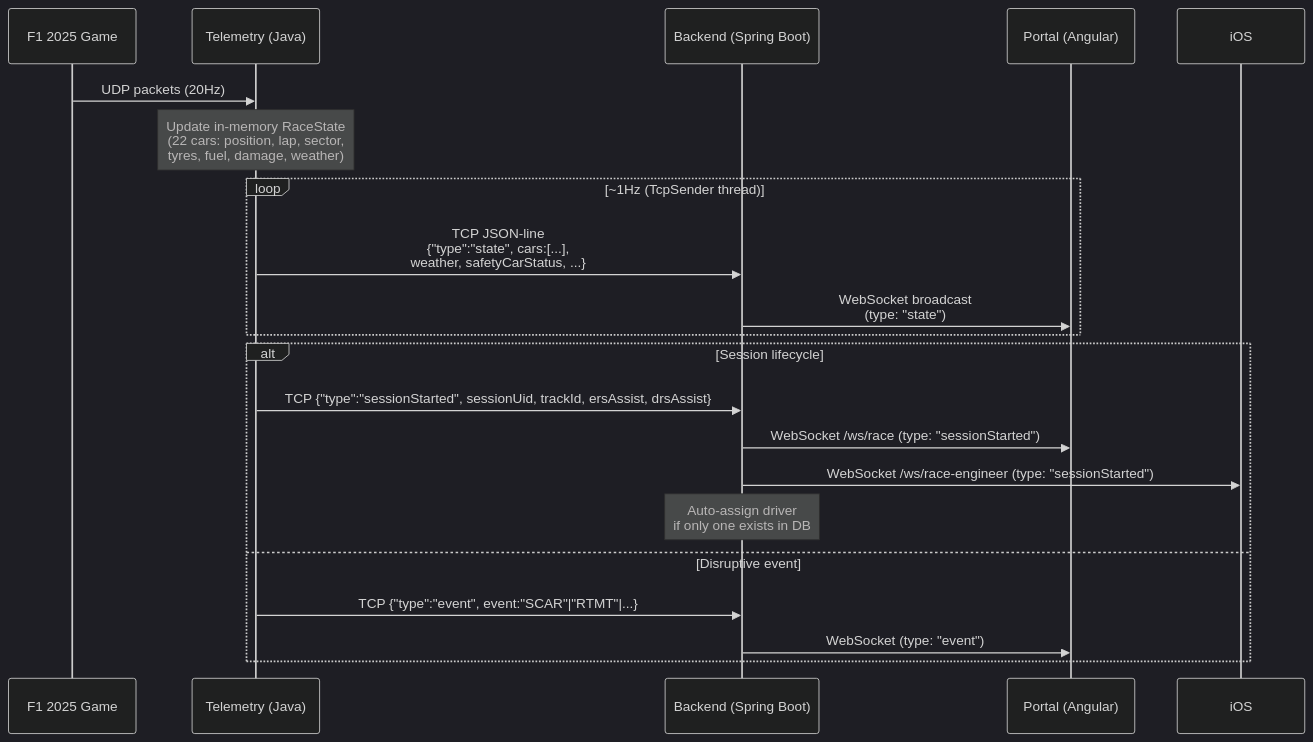
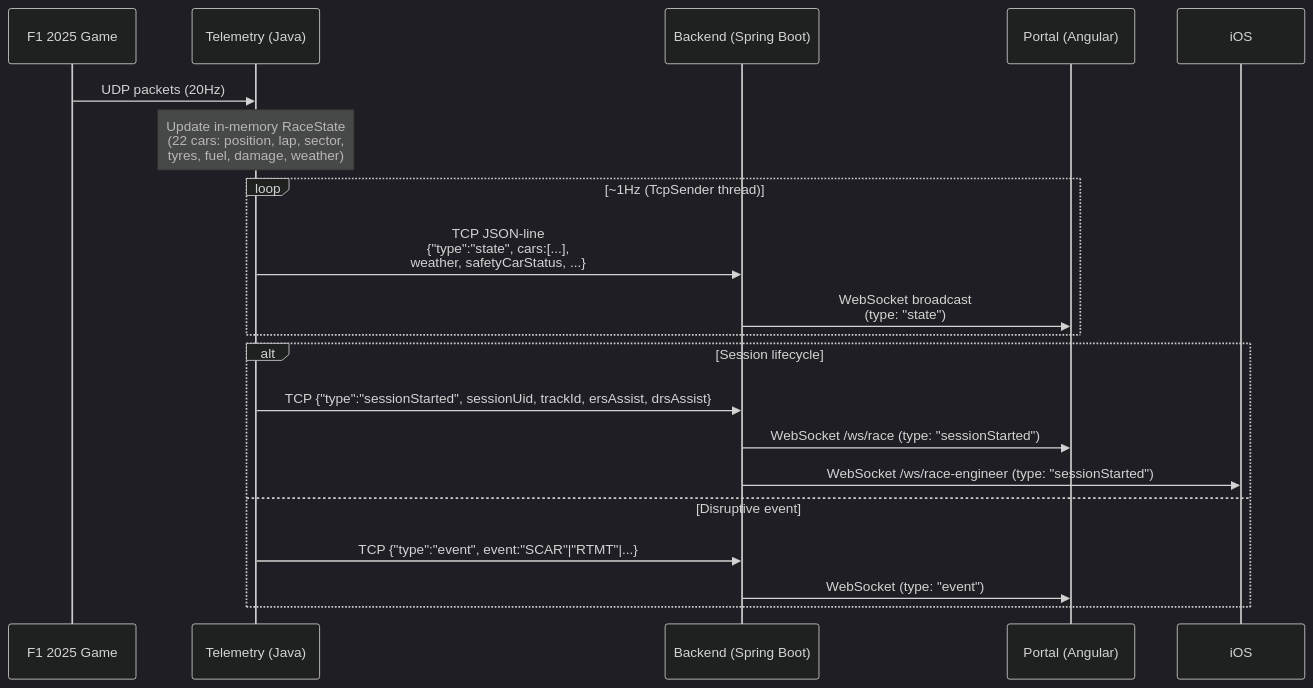
One commit to vmleon/f12025-race-strategy-simulation changed the third of 7 diagrams in design/06-INTEGRATION.md. Above: the diagram before and after it, drawn with Mermaid (dark theme). The commit also changed other lines of this file and 4 other files, not shown here.

````diff
--- a/design/06-INTEGRATION.md
+++ b/design/06-INTEGRATION.md
@@ -55,25 +55,24 @@
 ```mermaid
 sequenceDiagram
     participant Game as F1 2025 Game
     participant Telemetry as Telemetry (Java)
     participant Backend as Backend (Spring Boot)
     participant Portal as Portal (Angular)
 
     Game->>Telemetry: UDP packets (20Hz)
     Note over Telemetry: Update in-memory RaceState<br/>(22 cars: position, lap, sector,<br/>tyres, fuel, damage, weather)
 
     loop ~1Hz (TcpSender thread)
         Telemetry->>Backend: TCP JSON-line<br/>{"type":"state", cars:[...],<br/>weather, safetyCarStatus, ...}
         Backend->>Portal: WebSocket broadcast<br/>(type: "state")
     end
 
     alt Session lifecycle
         Telemetry->>Backend: TCP {"type":"sessionStarted", sessionUid, trackId, ersAssist, drsAssist}
         Backend->>Portal: WebSocket /ws/race (type: "sessionStarted")
         Backend->>iOS: WebSocket /ws/race-engineer (type: "sessionStarted")
-        Note over Backend: Auto-assign driver<br/>if only one exists in DB
     else Disruptive event
         Telemetry->>Backend: TCP {"type":"event", event:"SCAR"|"RTMT"|...}
         Backend->>Portal: WebSocket (type: "event")
     end
 ```
````
